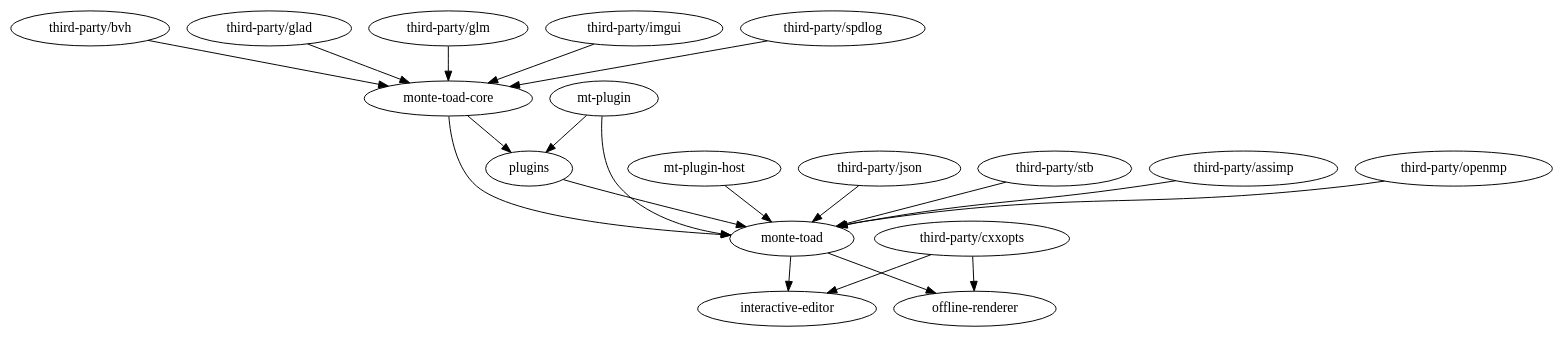
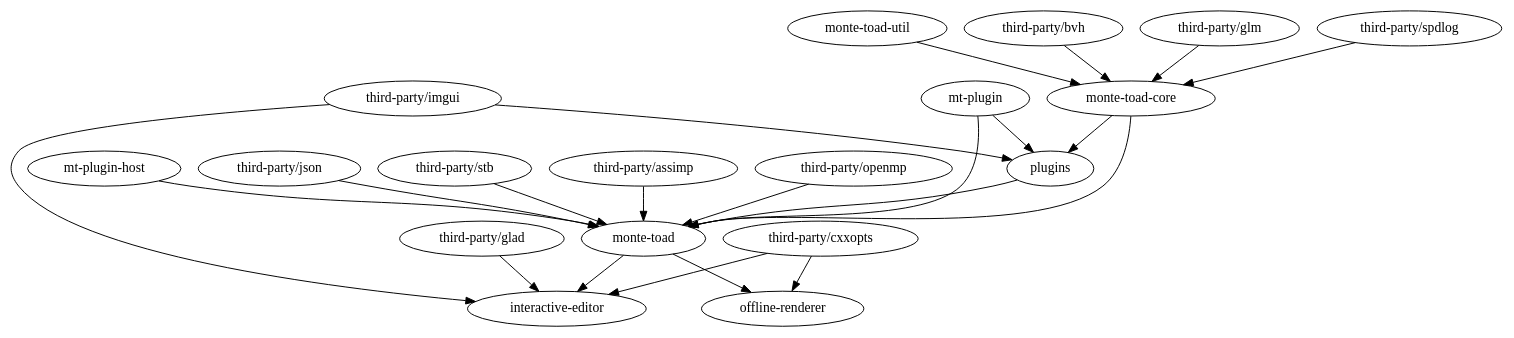
Before and after one commit to AODQ/monte-toad: the diagram in software-layout.dot, drawn with Graphviz.

Commit message:
fixes software layout diagram

```diff
--- a/software-layout.dot
+++ b/software-layout.dot
@@ -1,28 +1,31 @@
 digraph G {
   "monte-toad-core" -> "monte-toad"
   "monte-toad-core" -> "plugins"
 
   "mt-plugin" -> "plugins"
   "mt-plugin" -> "monte-toad"
 
   "mt-plugin-host" -> "monte-toad"
 
   "monte-toad" -> "interactive-editor"
   "monte-toad" -> "offline-renderer"
 
+  "monte-toad-util" -> "monte-toad-core"
+
   "plugins" -> "monte-toad"
 
   "third-party/bvh" -> "monte-toad-core"
 
   "third-party/cxxopts" -> "interactive-editor"
   "third-party/cxxopts" -> "offline-renderer"
-  "third-party/glad" -> "monte-toad-core"
+  "third-party/glad" -> "interactive-editor"
   "third-party/glm" -> "monte-toad-core"
-  "third-party/imgui" -> "monte-toad-core"
+  "third-party/imgui" -> "plugins"
+  "third-party/imgui" -> "interactive-editor"
   "third-party/json" -> "monte-toad"
   "third-party/stb" -> "monte-toad"
 
   "third-party/assimp" -> "monte-toad"
   "third-party/openmp" -> "monte-toad"
   "third-party/spdlog" -> "monte-toad-core"
 }
```
